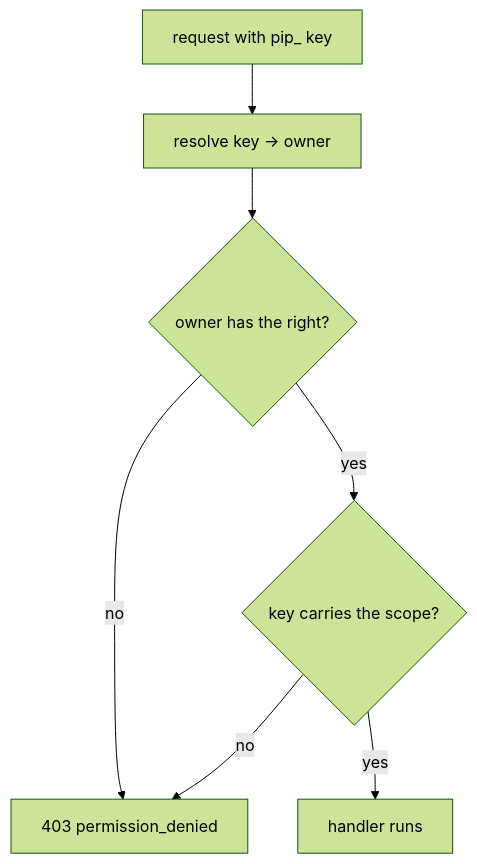
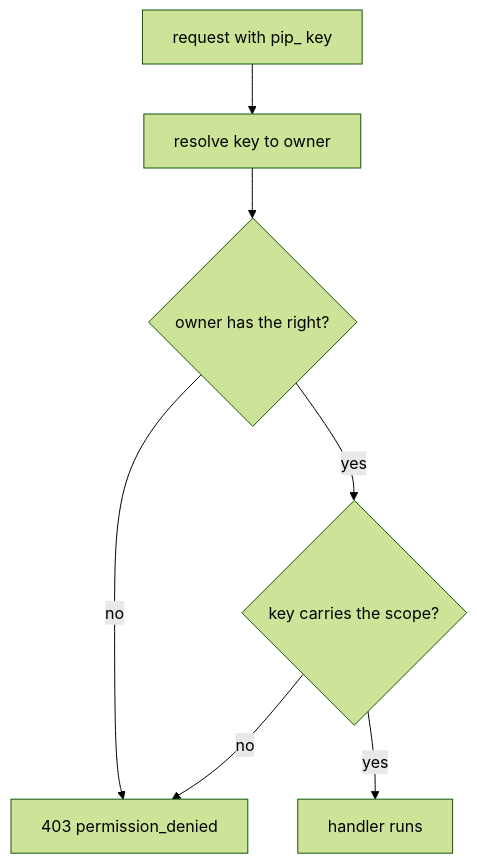
One commit to Ahmedbakr78/Web-to-Warehouse-Product-Intelligence-Pipeline changed the first of 2 diagrams in docs/30_access_control_and_rate_limiting.md. Above: the diagram before and after it, drawn with Mermaid (forest theme). The commit also changed other lines of this file and 36 other files, not shown here.

````diff
--- a/docs/30_access_control_and_rate_limiting.md
+++ b/docs/30_access_control_and_rate_limiting.md
@@ -52,9 +52,9 @@
 ```mermaid
 flowchart TD
-  request[request with pip_ key] --> resolve[resolve key → owner]
+  request[request with pip_ key] --> resolve[resolve key to owner]
   resolve --> check1{owner has the right?}
   check1 -->|no| 403[403 permission_denied]
   check1 -->|yes| check2{key carries the scope?}
   check2 -->|no| 403
   check2 -->|yes| route[handler runs]
 ```
````
